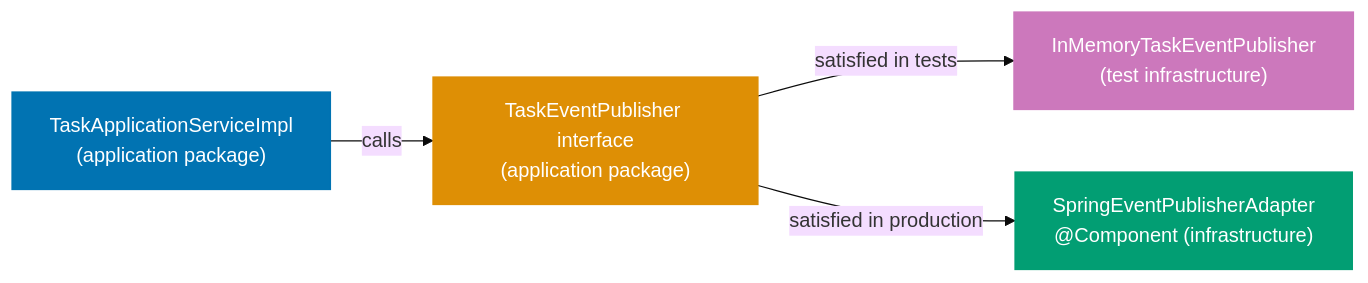
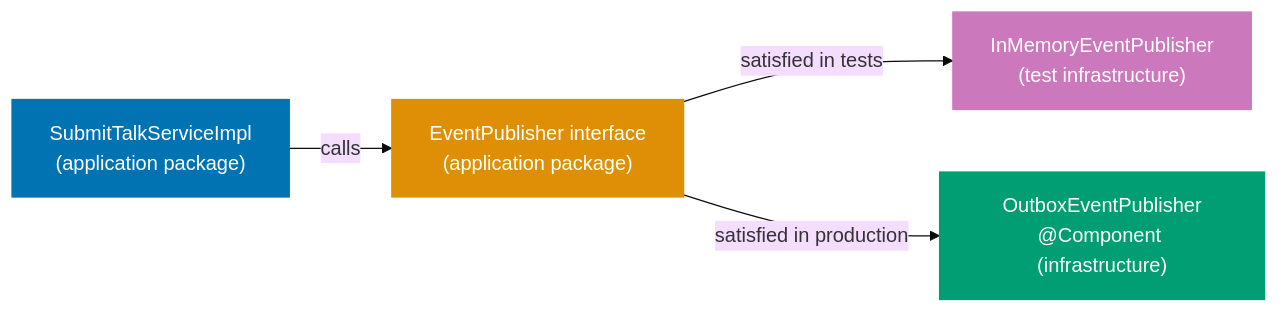
One commit to wahidyankf/open-sharia-enterprise changed the second of 3 diagrams in apps/ayokoding-web/content/en/learn/software-engineering/architecture/ddd-hexagonal-in-practice/oop-in-the-field/intermediate.md. Above: the diagram before and after it, drawn with Mermaid (base theme). The commit also changed other lines of this file and 11 other files, not shown here.

````diff
--- a/apps/ayokoding-web/content/en/learn/software-engineering/architecture/ddd-hexagonal-in-practice/oop-in-the-field/intermediate.md
+++ b/apps/ayokoding-web/content/en/learn/software-engineering/architecture/ddd-hexagonal-in-practice/oop-in-the-field/intermediate.md
@@ -679,15 +680,15 @@
 ```mermaid
 flowchart LR
-    port["TaskEventPublisher interface\n(application package)"]:::orange
-    mem["InMemoryTaskEventPublisher\n(test infrastructure)"]:::purple
-    spring["SpringEventPublisherAdapter\n@Component (infrastructure)"]:::teal
-    svc["TaskApplicationServiceImpl\n(application package)"]:::blue
+    port["EventPublisher interface\n(application package)"]:::orange
+    mem["InMemoryEventPublisher\n(test infrastructure)"]:::purple
+    outbox["OutboxEventPublisher\n@Component (infrastructure)"]:::teal
+    svc["SubmitTalkServiceImpl\n(application package)"]:::blue
     port -->|"satisfied in tests"| mem
-    port -->|"satisfied in production"| spring
+    port -->|"satisfied in production"| outbox
     svc -->|"calls"| port
 
     classDef orange fill:#DE8F05,color:#fff,stroke:#DE8F05
     classDef teal fill:#029E73,color:#fff,stroke:#029E73
     classDef purple fill:#CC78BC,color:#fff,stroke:#CC78BC
     classDef blue fill:#0173B2,color:#fff,stroke:#0173B2
 ```
````
